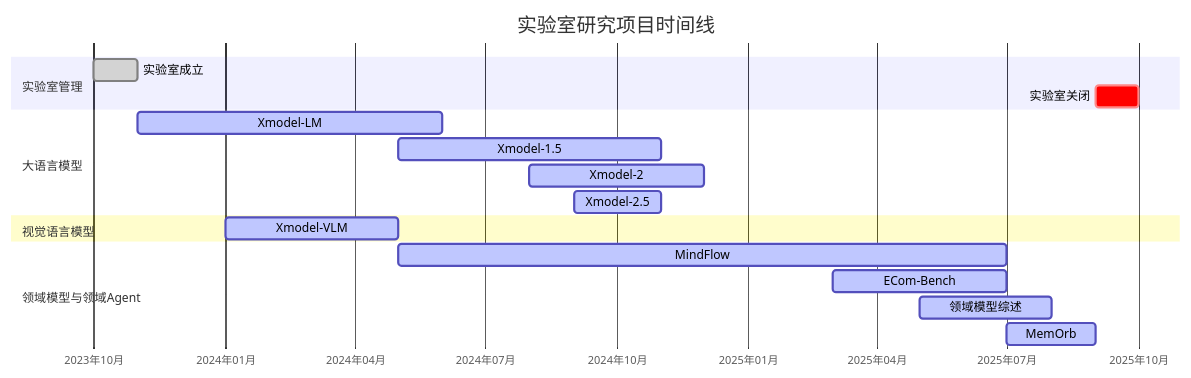
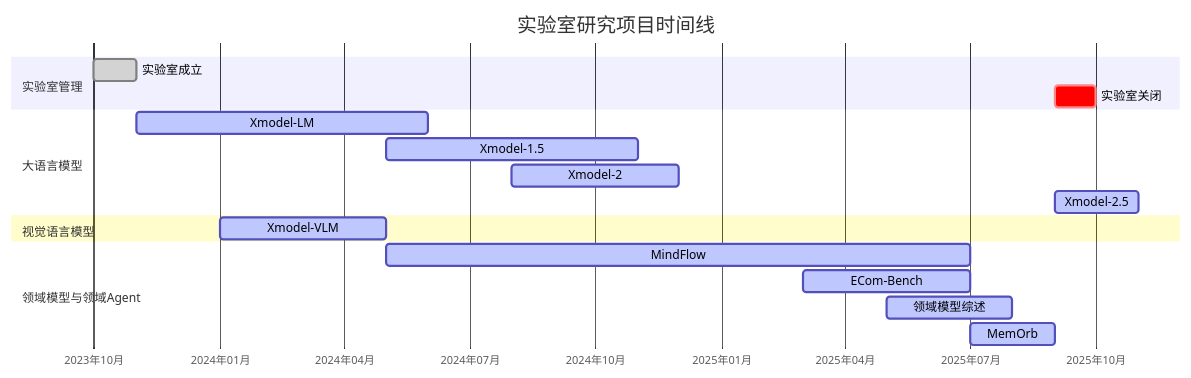
One commit to foamliu/XiaoduoAILab-EOL-Archive changed the diagram in README.md. Above: the diagram before and after it, drawn with Mermaid.

Commit message:
update for Xmodel-2.5

````diff
--- a/README.md
+++ b/README.md
@@ -66,25 +66,25 @@
 ```mermaid
 gantt
     title 实验室研究项目时间线
     dateFormat  YYYY-MM
     axisFormat %Y年%m月
     
     section 实验室管理
     实验室成立 :done, 2023-10, 1M
     实验室关闭 :crit, 2025-09, 1M
     
     section 大语言模型
     Xmodel-LM :active, 2023-11, 7M
     Xmodel-1.5 :active, 2024-05, 6M
     Xmodel-2 :active, 2024-08, 4M
-    Xmodel-2.5 :active, 2024-09, 2M
+    Xmodel-2.5 :active, 2025-09, 2M
     
     section 视觉语言模型
     Xmodel-VLM :active, 2024-01, 4M
     
     section 领域模型与领域Agent
     MindFlow :active, 2024-05, 14M
     ECom-Bench :active, 2025-03, 4M
     领域模型综述 :active, 2025-05, 3M
     MemOrb :active, 2025-07, 2M
 ```
````
